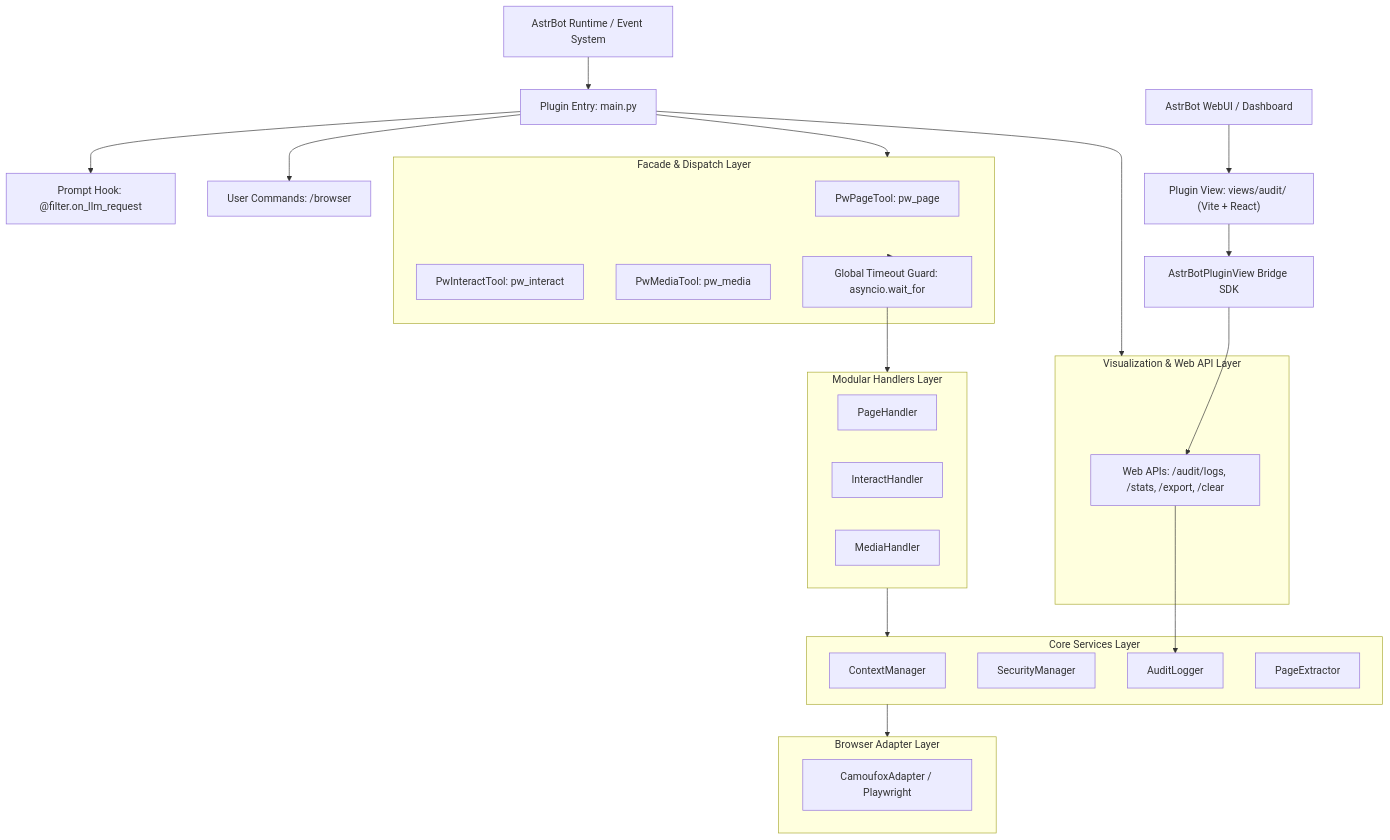
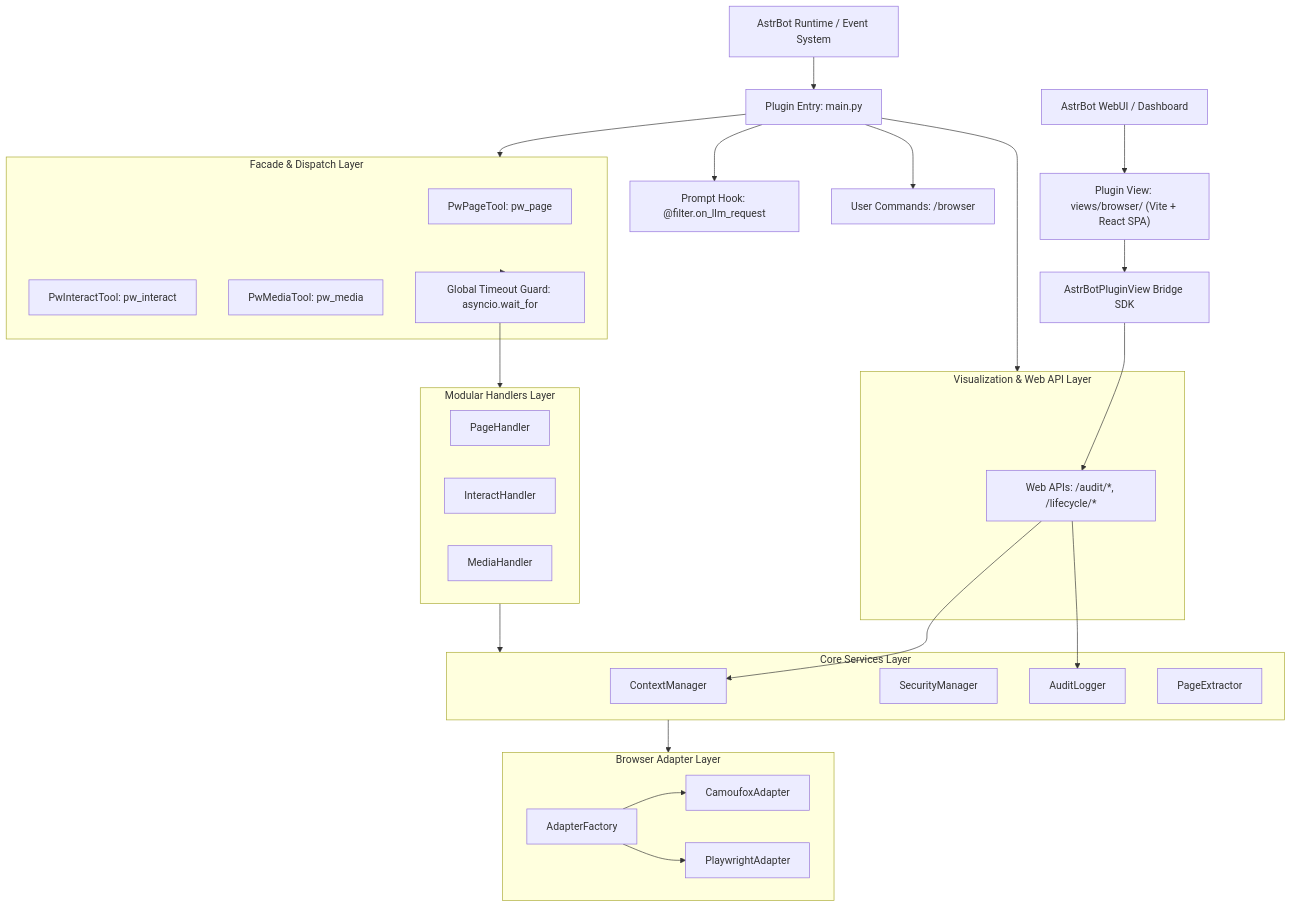
One commit to SmileYik/astrbot_plugin_playwright_tools changed the diagram in docs/ARCHITECTURE.md. Above: the diagram before and after it, drawn with Mermaid. The commit also changed other lines of this file and 1 other file, not shown here.

Commit message:
docs: update architecture to unified SPA console and sanitize exaggerated wording

````diff
--- a/docs/ARCHITECTURE.md
+++ b/docs/ARCHITECTURE.md
@@ -11,53 +11,58 @@
 ```mermaid
 flowchart TD
     AstrBot[AstrBot Runtime / Event System]
     PluginEntry[Plugin Entry: main.py]
     PromptHook["Prompt Hook: @filter.on_llm_request"]
     Cmds["User Commands: /browser"]
     WebUI["AstrBot WebUI / Dashboard"]
-    AuditView["Plugin View: views/audit/ (Vite + React)"]
+    BrowserView["Plugin View: views/browser/ (Vite + React SPA)"]
     Bridge["AstrBotPluginView Bridge SDK"]
     
     subgraph ViewLayer [Visualization & Web API Layer]
-        WebAPI["Web APIs: /audit/logs, /stats, /export, /clear"]
+        WebAPI["Web APIs: /audit/*, /lifecycle/*"]
     end
 
     subgraph FacadeLayer [Facade & Dispatch Layer]
         PwPage[PwPageTool: pw_page]
         PwInteract[PwInteractTool: pw_interact]
         PwMedia[PwMediaTool: pw_media]
         TimeoutWrapper["Global Timeout Guard: asyncio.wait_for"]
     end
 
     subgraph HandlerLayer [Modular Handlers Layer]
         PageHandler[PageHandler]
         InteractHandler[InteractHandler]
         MediaHandler[MediaHandler]
     end
 
     subgraph CoreLayer [Core Services Layer]
         CtxMgr[ContextManager]
         SecMgr[SecurityManager]
         AuditLog[AuditLogger]
         Extractor[PageExtractor]
     end
 
     subgraph AdaptLayer [Browser Adapter Layer]
-        Camoufox[CamoufoxAdapter / Playwright]
+        Factory[AdapterFactory]
+        Camoufox[CamoufoxAdapter]
+        Playwright[PlaywrightAdapter]
+        Factory --> Camoufox
+        Factory --> Playwright
     end
 
     AstrBot --> PluginEntry
     PluginEntry --> PromptHook
     PluginEntry --> Cmds
     PluginEntry --> FacadeLayer
     PluginEntry --> ViewLayer
     FacadeLayer --> TimeoutWrapper
     TimeoutWrapper --> HandlerLayer
     HandlerLayer --> CoreLayer
     CoreLayer --> AdaptLayer
 
-    WebUI --> AuditView
-    AuditView --> Bridge
+    WebUI --> BrowserView
+    BrowserView --> Bridge
     Bridge --> WebAPI
     WebAPI --> AuditLog
+    WebAPI --> CtxMgr
 ```
````
